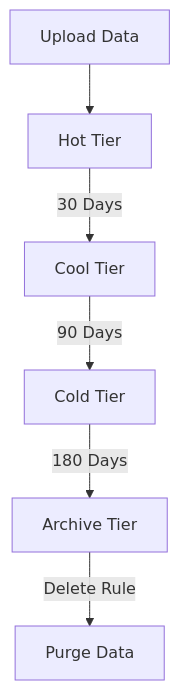
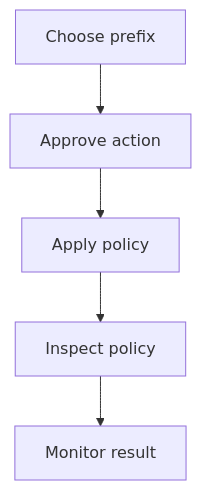
Before and after one commit to yeongseon/azure-storage-practical-guide: the diagram in docs/operations/manage-lifecycle-policies.md, drawn with Mermaid. The commit also changed other lines of this file and 90 other files, not shown here.

````diff
--- a/docs/operations/manage-lifecycle-policies.md
+++ b/docs/operations/manage-lifecycle-policies.md
@@ -25,8 +26,12 @@
 ```mermaid
-graph TD
-    A[Upload Data] --> B[Hot Tier]
-    B -->|30 Days| C[Cool Tier]
-    C -->|90 Days| D[Cold Tier]
-    D -->|180 Days| E[Archive Tier]
-    E -->|Delete Rule| F[Purge Data]
+flowchart TD
+    A[Choose prefix]
+    B[Approve action]
+    A --> B
+    C[Apply policy]
+    B --> C
+    D[Inspect policy]
+    C --> D
+    E[Monitor result]
+    D --> E
 ```
````
